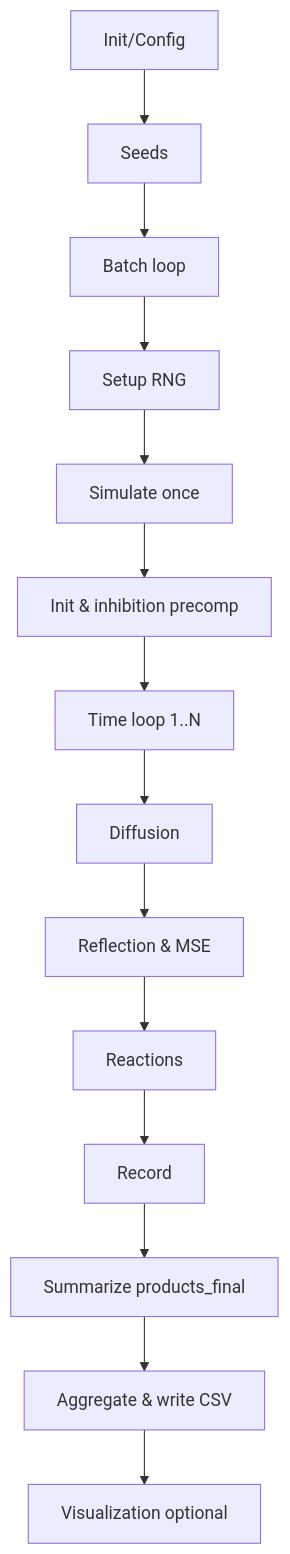
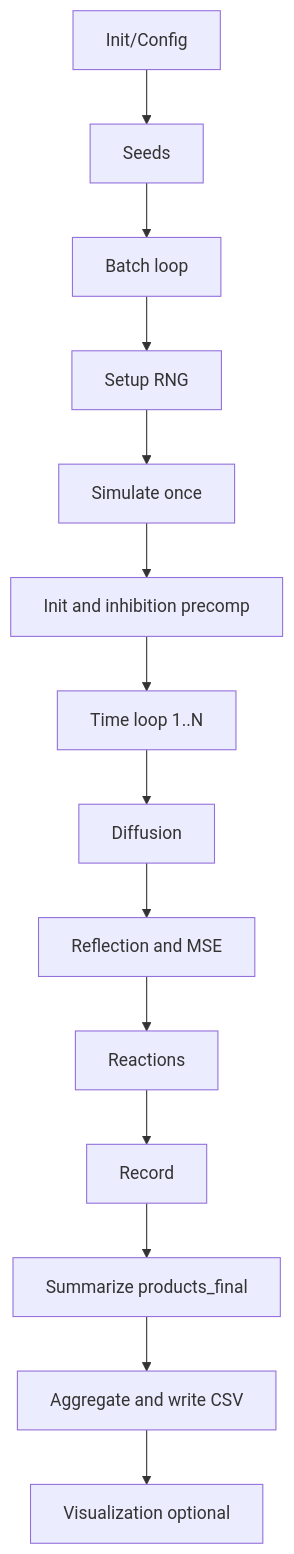
The diagram in docs/2d_model_theory.en.md (Andyduck-ops/2D-Enzyme-Cascade-MSE), drawn with Mermaid before and after one commit. The commit also changed 1 other file, not shown here.

Commit message:
fix(docs): replace '&' with 'and' in Mermaid node labels to avoid rendering issues

````diff
--- a/docs/2d_model_theory.en.md
+++ b/docs/2d_model_theory.en.md
@@ -131,31 +131,31 @@
 ```mermaid
 graph TD;
     A[Init/Config];
     B[Seeds];
     C[Batch loop];
     D[Setup RNG];
     E[Simulate once];
-    E1[Init & inhibition precomp];
+    E1[Init and inhibition precomp];
     E2[Time loop 1..N];
     E3[Diffusion];
-    E4[Reflection & MSE];
+    E4[Reflection and MSE];
     E5[Reactions];
     E6[Record];
     F[Summarize products_final];
-    G[Aggregate & write CSV];
+    G[Aggregate and write CSV];
     H[Visualization optional];
 
     A --> B;
     B --> C;
     C --> D;
     D --> E;
     E --> E1;
     E1 --> E2;
     E2 --> E3;
     E3 --> E4;
     E4 --> E5;
     E5 --> E6;
     E6 --> F;
     F --> G;
     G --> H;
 ```
````
